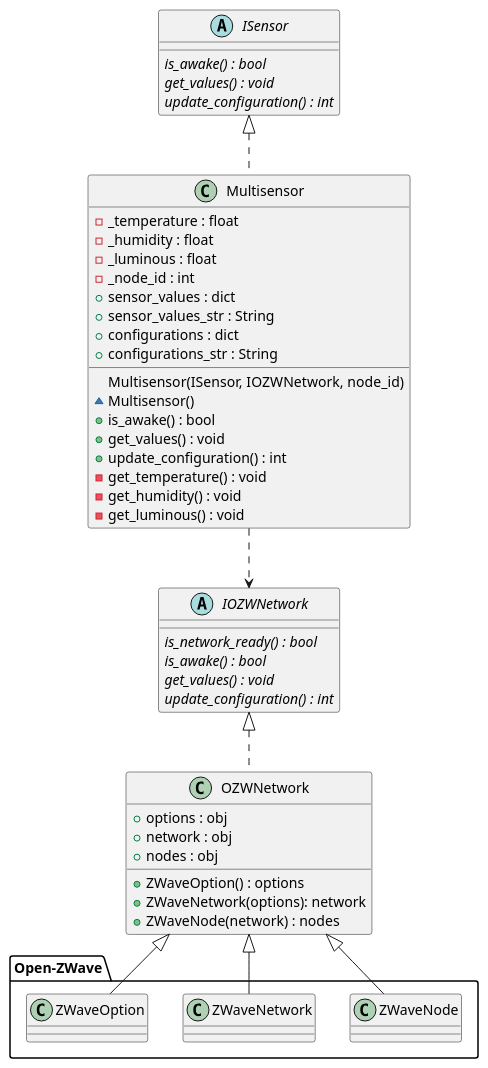
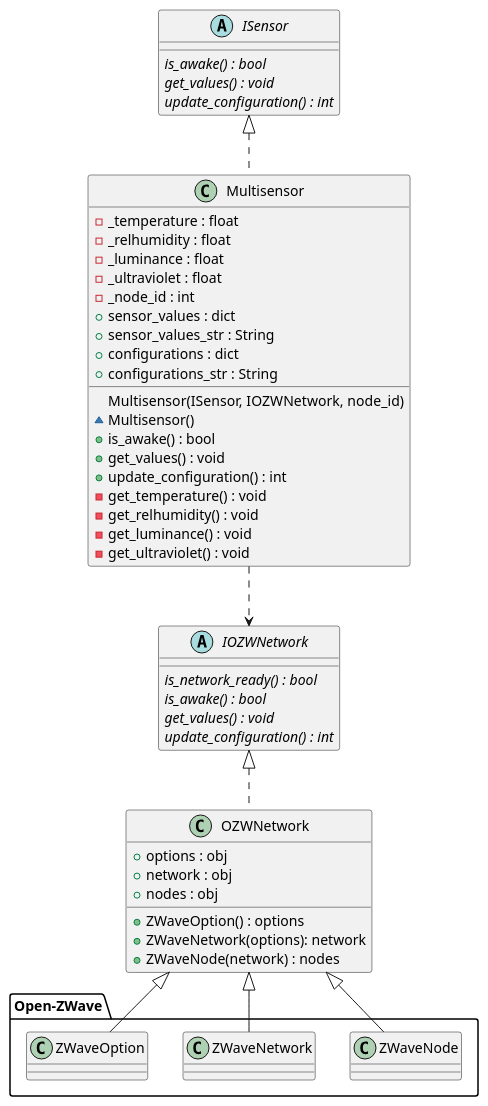
One commit to AU-PRO5-Rem/ReMoniProject changed the diagram in doc/class_multisensor.iuml. Above: the diagram before and after it, drawn with PlantUML. The commit also changed 4 other files, not shown here.

```diff
--- a/doc/class_multisensor.iuml
+++ b/doc/class_multisensor.iuml
@@ -1,56 +1,58 @@
 @startuml Multisensor
 
 abstract class ISensor {
     {abstract} is_awake() : bool
     {abstract} get_values() : void
     {abstract} update_configuration() : int
 }
 
 abstract class IOZWNetwork {
     {abstract} is_network_ready() : bool
     {abstract} is_awake() : bool
     {abstract} get_values() : void
     {abstract} update_configuration() : int
 }
 
 class Multisensor implements ISensor {
     - _temperature : float
-    - _humidity : float
-    - _luminous : float
+    - _relhumidity : float
+    - _luminance : float
+    - _ultraviolet : float
     - _node_id : int
     + sensor_values : dict
     + sensor_values_str : String
     + configurations : dict
     + configurations_str : String
 
       Multisensor(ISensor, IOZWNetwork, node_id)
     ~ Multisensor()
     + is_awake() : bool
     + get_values() : void
     + update_configuration() : int
     - get_temperature() : void
-    - get_humidity() : void
-    - get_luminous() : void
+    - get_relhumidity() : void
+    - get_luminance() : void
+    - get_ultraviolet() : void
 }
 
 class OZWNetwork implements IOZWNetwork {
   + options : obj
   + network : obj
   + nodes : obj
   + ZWaveOption() : options
   + ZWaveNetwork(options): network 
   + ZWaveNode(network) : nodes
 }
 
 package Open-ZWave <<Folder>> {
   class ZWaveNode
   class ZWaveNetwork
   class ZWaveOption
 }
 
 Multisensor ..> IOZWNetwork
 OZWNetwork <|-- ZWaveNetwork
 OZWNetwork <|-- ZWaveNode
 OZWNetwork <|-- ZWaveOption
 
 @enduml
```
